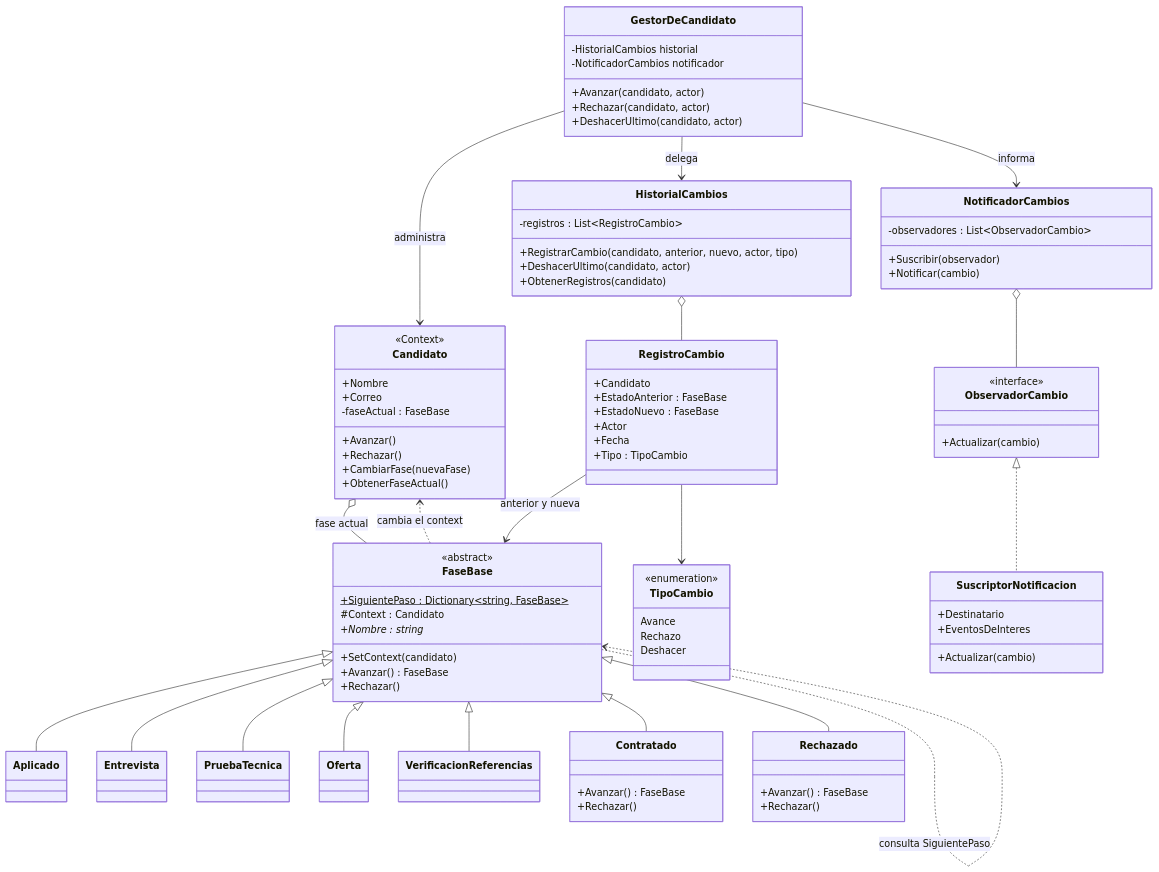
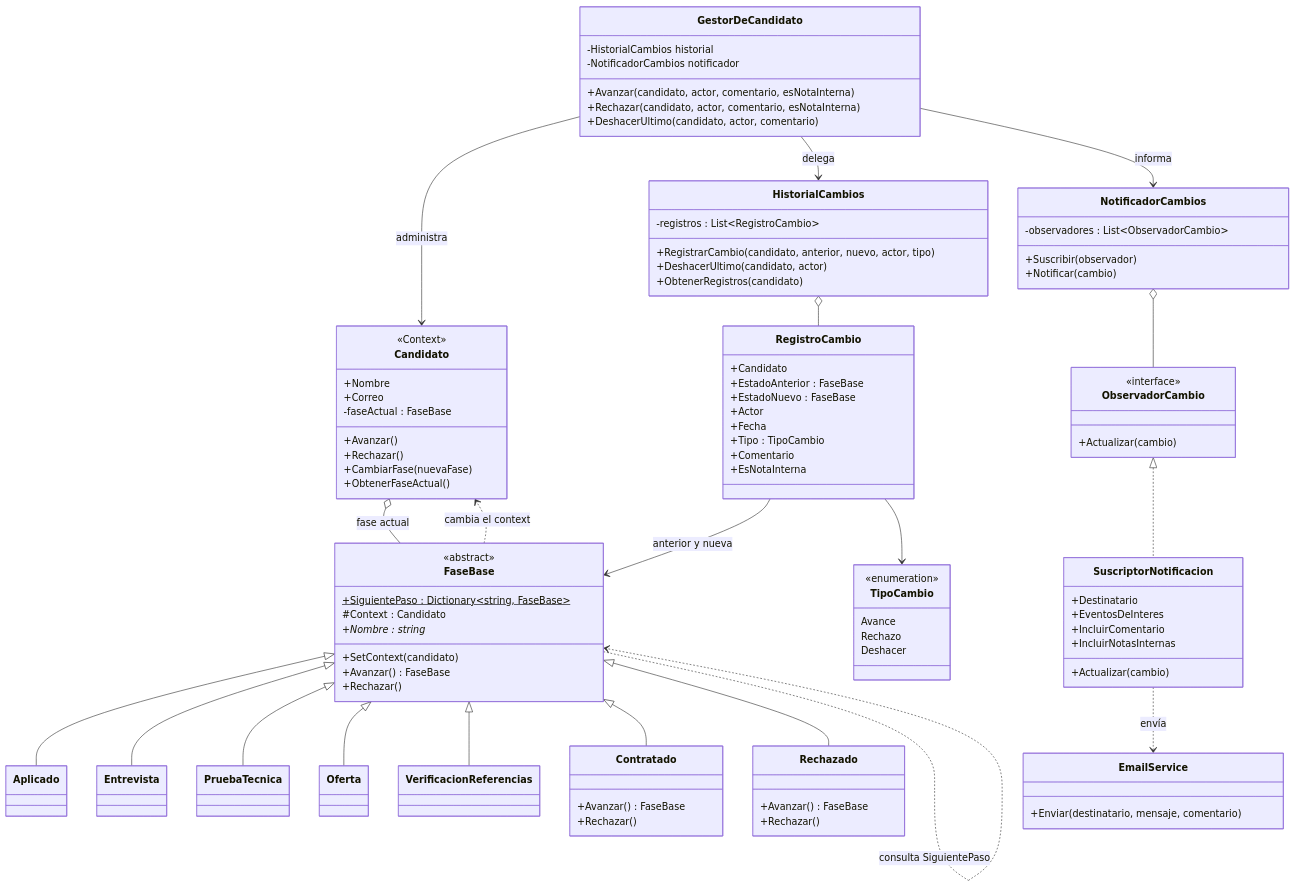
Before and after one commit to Alan5320/CandidatosCore: the diagram in README.md, drawn with Mermaid. The commit also changed other lines of this file and 6 other files, not shown here.

Commit message:
feat: añadir soporte para comentarios y notas internas en las transiciones de candidatos

````diff
--- a/README.md
+++ b/README.md
@@ -48,9 +48,9 @@
     class GestorDeCandidato {
         -HistorialCambios historial
         -NotificadorCambios notificador
-        +Avanzar(candidato, actor)
-        +Rechazar(candidato, actor)
-        +DeshacerUltimo(candidato, actor)
+        +Avanzar(candidato, actor, comentario, esNotaInterna)
+        +Rechazar(candidato, actor, comentario, esNotaInterna)
+        +DeshacerUltimo(candidato, actor, comentario)
     }
 
     class Candidato {
@@ -98,6 +98,8 @@
         +Actor
         +Fecha
         +Tipo : TipoCambio
+        +Comentario
+        +EsNotaInterna
     }
 
     class TipoCambio {
@@ -121,7 +123,13 @@
     class SuscriptorNotificacion {
         +Destinatario
         +EventosDeInteres
+        +IncluirComentario
+        +IncluirNotasInternas
         +Actualizar(cambio)
+    }
+
+    class EmailService {
+        +Enviar(destinatario, mensaje, comentario)
     }
 
     GestorDeCandidato --> Candidato : administra
@@ -142,4 +150,5 @@
     RegistroCambio --> TipoCambio
     ObservadorCambio <|.. SuscriptorNotificacion
     NotificadorCambios o-- ObservadorCambio
+    SuscriptorNotificacion ..> EmailService : envía
 ```
````
